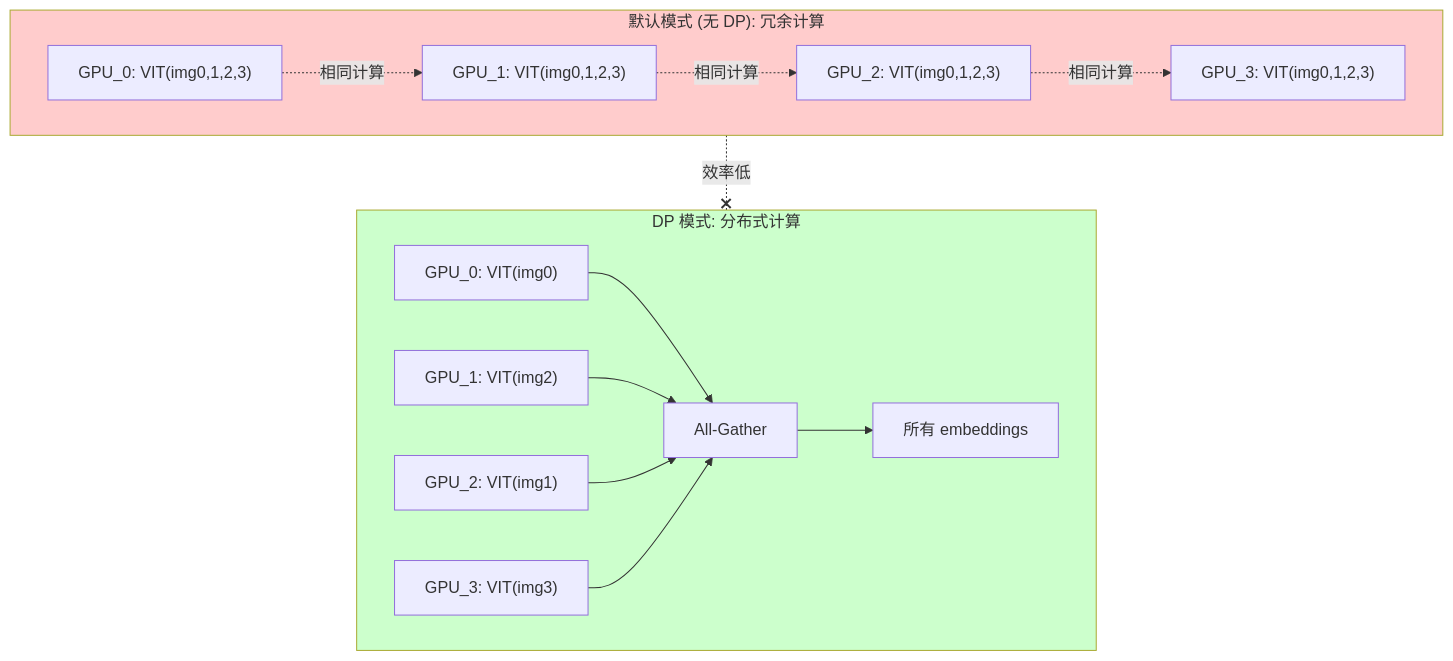
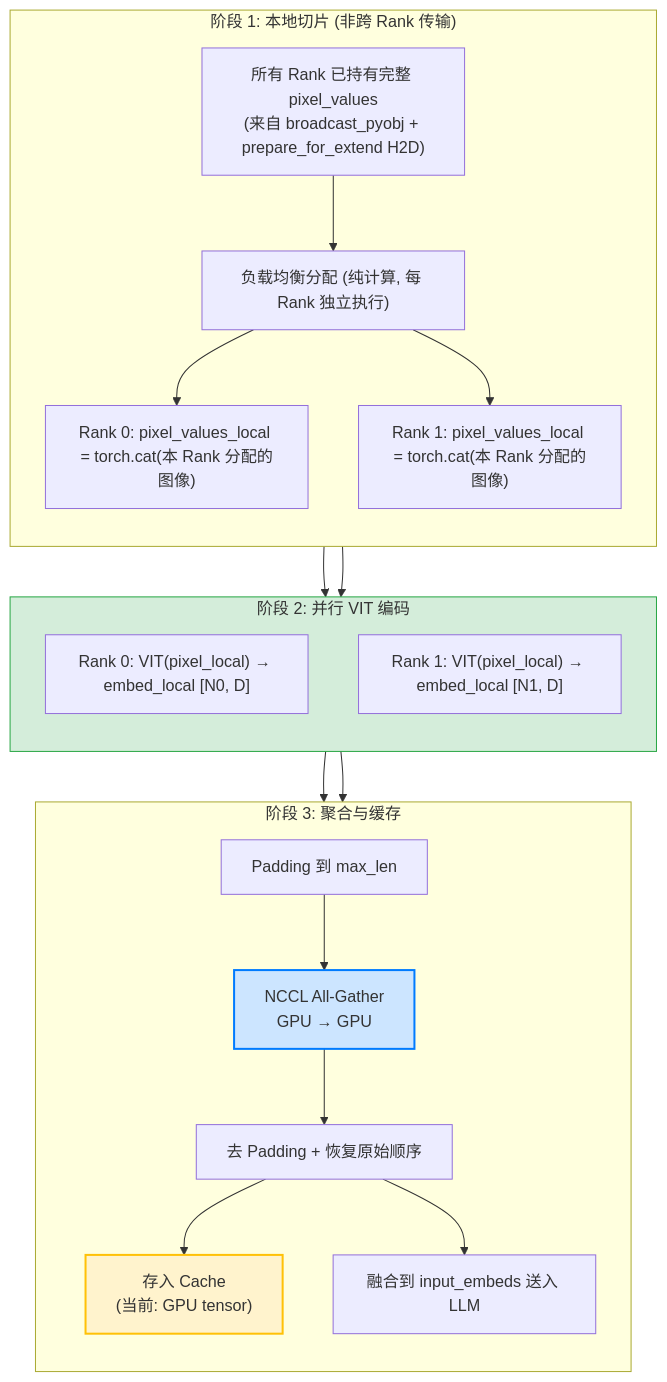
The fifth of 7 diagrams in SGLang/11-multimodal.md (wesleyck/AIInfraNotes), drawn with Mermaid before and after one commit. The commit also changed other lines of this file and 4 other files, not shown here.

````diff
--- a/SGLang/11-multimodal.md
+++ b/SGLang/11-multimodal.md
@@ -1816,31 +924,43 @@
 ```mermaid
 flowchart TB
-    subgraph NoDP["默认模式 (无 DP): 冗余计算"]
-        direction LR
-        ND0["GPU_0: VIT(img0,1,2,3)"]
-        ND1["GPU_1: VIT(img0,1,2,3)"]
-        ND2["GPU_2: VIT(img0,1,2,3)"]
-        ND3["GPU_3: VIT(img0,1,2,3)"]
-        ND0 -.->|"相同计算"| ND1
-        ND1 -.->|"相同计算"| ND2
-        ND2 -.->|"相同计算"| ND3
+    subgraph Phase1["阶段 1: 本地切片 (非跨 Rank 传输)"]
+        direction TB
+        P1_IN["所有 Rank 已持有完整 pixel_values<br/>(来自 broadcast_pyobj + prepare_for_extend H2D)"]
+        P1_LB["负载均衡分配 (纯计算, 每 Rank 独立执行)"]
+        P1_R0["Rank 0: pixel_values_local = torch.cat(本 Rank 分配的图像)"]
+        P1_R1["Rank 1: pixel_values_local = torch.cat(本 Rank 分配的图像)"]
+
+        P1_IN --> P1_LB
+        P1_LB --> P1_R0
+        P1_LB --> P1_R1
     end
 
-    subgraph DP["DP 模式: 分布式计算"]
-        direction LR
-        D0["GPU_0: VIT(img0)"]
-        D1["GPU_1: VIT(img2)"]
-        D2["GPU_2: VIT(img1)"]
-        D3["GPU_3: VIT(img3)"]
-        D0 --> AG["All-Gather"]
-        D1 --> AG
-        D2 --> AG
-        D3 --> AG
-        AG --> OUT["所有 embeddings"]
+    subgraph Phase2["阶段 2: 并行 VIT 编码"]
+        direction TB
+        P2_R0["Rank 0: VIT(pixel_local) → embed_local [N0, D]"]
+        P2_R1["Rank 1: VIT(pixel_local) → embed_local [N1, D]"]
     end
 
-    NoDP -.-x|"效率低"| DP
+    subgraph Phase3["阶段 3: 聚合与缓存"]
+        direction TB
+        P3_PAD["Padding 到 max_len"]
+        P3_AG["NCCL All-Gather<br/>GPU → GPU"]
+        P3_REORDER["去 Padding + 恢复原始顺序"]
+        P3_CACHE["存入 Cache<br/>(当前: GPU tensor)"]
+        P3_FUSE["融合到 input_embeds 送入 LLM"]
 
-    style NoDP fill:#ffcccc
-    style DP fill:#ccffcc
+        P3_PAD --> P3_AG --> P3_REORDER
+        P3_REORDER --> P3_CACHE
+        P3_REORDER --> P3_FUSE
+    end
+
+    P1_R0 --> P2_R0
+    P1_R1 --> P2_R1
+
+    P2_R0 --> P3_PAD
+    P2_R1 --> P3_PAD
+
+    style Phase2 fill:#d4edda,stroke:#28a745
+    style P3_AG fill:#cce5ff,stroke:#007bff,stroke-width:2px
+    style P3_CACHE fill:#fff3cd,stroke:#ffc107,stroke-width:2px
 ```
````
